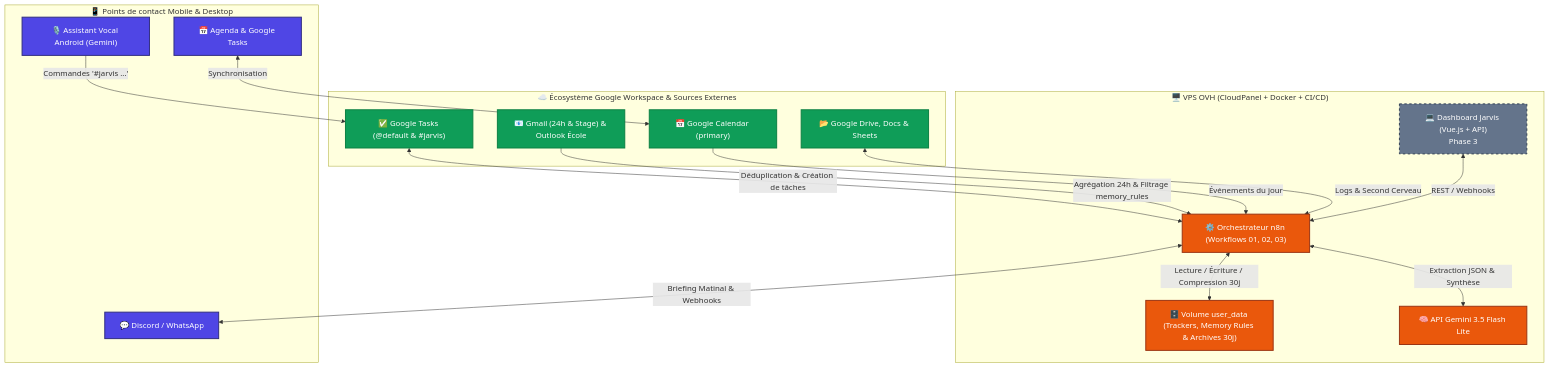
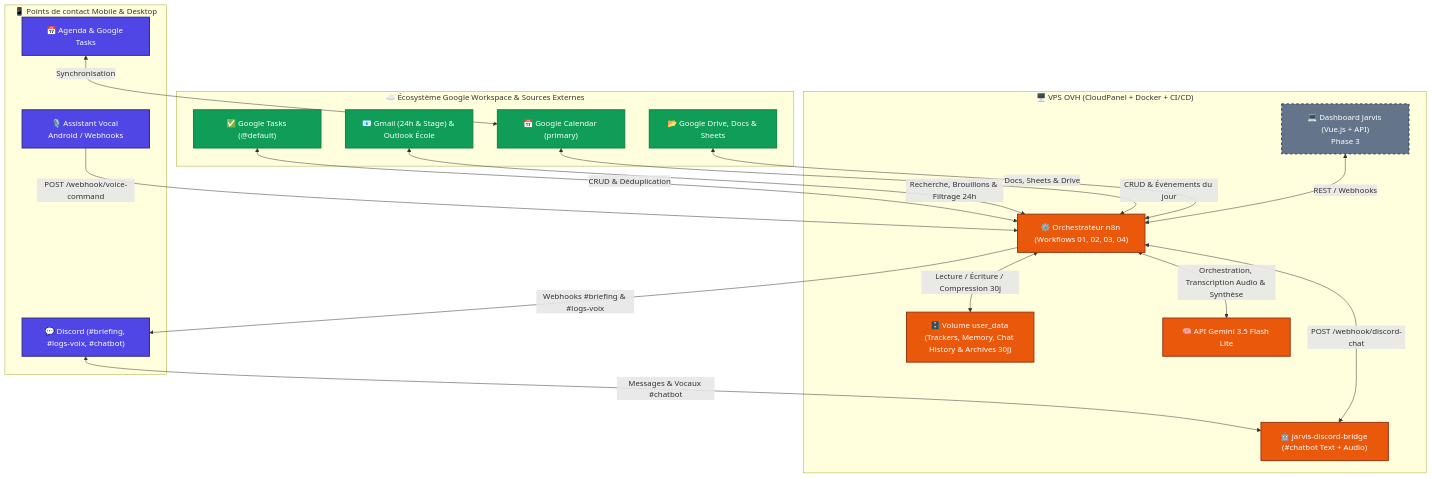
Before and after one commit to vicoescobar/jarvis-assistant: the diagram in docs/achitecture.mmd, drawn with Mermaid. The commit also changed 11 other files, not shown here.

```diff
--- a/docs/achitecture.mmd
+++ b/docs/achitecture.mmd
@@ -1,36 +1,39 @@
 flowchart TB
     classDef user fill:#4F46E5,stroke:#312E81,stroke-width:2px,color:#fff
     classDef google fill:#0F9D58,stroke:#0B8043,stroke-width:2px,color:#fff
     classDef vps fill:#EA580C,stroke:#9A3412,stroke-width:2px,color:#fff
     classDef future fill:#64748B,stroke:#334155,stroke-width:2px,stroke-dasharray: 5 5,color:#fff
 
     subgraph CLIENT ["📱 Points de contact Mobile & Desktop"]
-        VOICE["🎙️ Assistant Vocal Android (Gemini)"]:::user
-        CHAT["💬 Discord / WhatsApp"]:::user
+        VOICE["🎙️ Assistant Vocal Android / Webhooks"]:::user
+        CHAT["💬 Discord (#briefing, #logs-voix, #chatbot)"]:::user
         CAL["📅 Agenda & Google Tasks"]:::user
     end
 
     subgraph CLOUD ["☁️ Écosystème Google Workspace & Sources Externes"]
         GMAIL["📧 Gmail (24h & Stage) & Outlook École"]:::google
         GCAL["📅 Google Calendar (primary)"]:::google
-        GTASKS["✅ Google Tasks (@default & #jarvis)"]:::google
+        GTASKS["✅ Google Tasks (@default)"]:::google
         GDRIVE["📂 Google Drive, Docs & Sheets"]:::google
     end
 
     subgraph VPS ["🖥️ VPS OVH (CloudPanel + Docker + CI/CD)"]
-        N8N["⚙️ Orchestrateur n8n (Workflows 01, 02, 03)"]:::vps
-        USERDATA["🗄️ Volume user_data (Trackers, Memory Rules & Archives 30j)"]:::vps
+        N8N["⚙️ Orchestrateur n8n (Workflows 01, 02, 03, 04)"]:::vps
+        DBRIDGE["🤖 jarvis-discord-bridge (#chatbot Text + Audio)"]:::vps
+        USERDATA["🗄️ Volume user_data (Trackers, Memory, Chat History & Archives 30j)"]:::vps
         GEMINI["🧠 API Gemini 3.5 Flash Lite"]:::vps
         DASH["💻 Dashboard Jarvis (Vue.js + API)<br/>Phase 3"]:::future
     end
 
-    VOICE -->|"Commandes '#jarvis ...'"| GTASKS
-    GTASKS <-->|"Déduplication & Création de tâches"| N8N
-    GMAIL -->|"Agrégation 24h & Filtrage memory_rules"| N8N
-    GCAL -->|"Événements du jour"| N8N
+    VOICE -->|"POST /webhook/voice-command"| N8N
+    CHAT <-->|"Messages & Vocaux #chatbot"| DBRIDGE
+    DBRIDGE <-->|"POST /webhook/discord-chat"| N8N
+    GTASKS <-->|"CRUD & Déduplication"| N8N
+    GMAIL <-->|"Recherche, Brouillons & Filtrage 24h"| N8N
+    GCAL <-->|"CRUD & Événements du jour"| N8N
     CAL <-->|"Synchronisation"| GCAL
-    GDRIVE <-->|"Logs & Second Cerveau"| N8N
+    GDRIVE <-->|"Docs, Sheets & Drive"| N8N
     N8N <-->|"Lecture / Écriture / Compression 30j"| USERDATA
-    N8N <-->|"Extraction JSON & Synthèse"| GEMINI
-    N8N <-->|"Briefing Matinal & Webhooks"| CHAT
+    N8N <-->|"Orchestration, Transcription Audio & Synthèse"| GEMINI
+    N8N -->|"Webhooks #briefing & #logs-voix"| CHAT
     DASH <-->|"REST / Webhooks"| N8N
```
